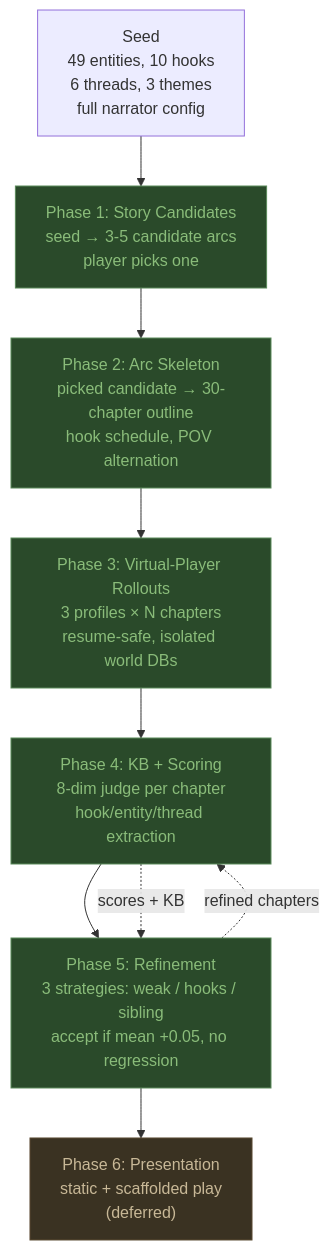
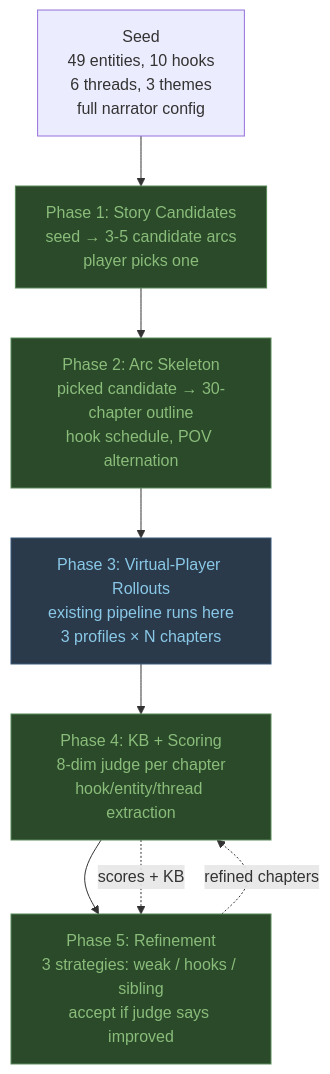
One commit to RPP1011/quest_game changed the first of 3 diagrams in docs/technical-report-2026-04-15-16.md. Above: the diagram before and after it, drawn with Mermaid. The commit also changed other lines of this file, not shown here.

```diff
--- a/docs/technical-report-2026-04-15-16.md
+++ b/docs/technical-report-2026-04-15-16.md
@@ -59,23 +22,21 @@
 <pre class="mermaid" markdown="0">
 flowchart TB
     SEED["Seed<br/>49 entities, 10 hooks<br/>6 threads, 3 themes<br/>full narrator config"]
 
     P1["Phase 1: Story Candidates<br/>seed → 3-5 candidate arcs<br/>player picks one"]
     P2["Phase 2: Arc Skeleton<br/>picked candidate → 30-chapter outline<br/>hook schedule, POV alternation"]
-    P3["Phase 3: Virtual-Player Rollouts<br/>3 profiles × N chapters<br/>resume-safe, isolated world DBs"]
+    P3["Phase 3: Virtual-Player Rollouts<br/>existing pipeline runs here<br/>3 profiles × N chapters"]
     P4["Phase 4: KB + Scoring<br/>8-dim judge per chapter<br/>hook/entity/thread extraction"]
-    P5["Phase 5: Refinement<br/>3 strategies: weak / hooks / sibling<br/>accept if mean +0.05, no regression"]
-    P6["Phase 6: Presentation<br/>static + scaffolded play<br/>(deferred)"]
+    P5["Phase 5: Refinement<br/>3 strategies: weak / hooks / sibling<br/>accept if judge says improved"]
 
-    SEED --> P1 --> P2 --> P3 --> P4 --> P5 --> P6
+    SEED --> P1 --> P2 --> P3 --> P4 --> P5
 
     P4 -.->|scores + KB| P5
     P5 -.->|refined chapters| P4
 
     style P1 fill:#2a4a2a,stroke:#5a8a5a,color:#8abc7a
     style P2 fill:#2a4a2a,stroke:#5a8a5a,color:#8abc7a
-    style P3 fill:#2a4a2a,stroke:#5a8a5a,color:#8abc7a
+    style P3 fill:#2a3a4a,stroke:#3a5a7a,color:#8ac8e8
     style P4 fill:#2a4a2a,stroke:#5a8a5a,color:#8abc7a
     style P5 fill:#2a4a2a,stroke:#5a8a5a,color:#8abc7a
-    style P6 fill:#3a3222,stroke:#5a4a32,color:#c8b897
 </pre>
```
